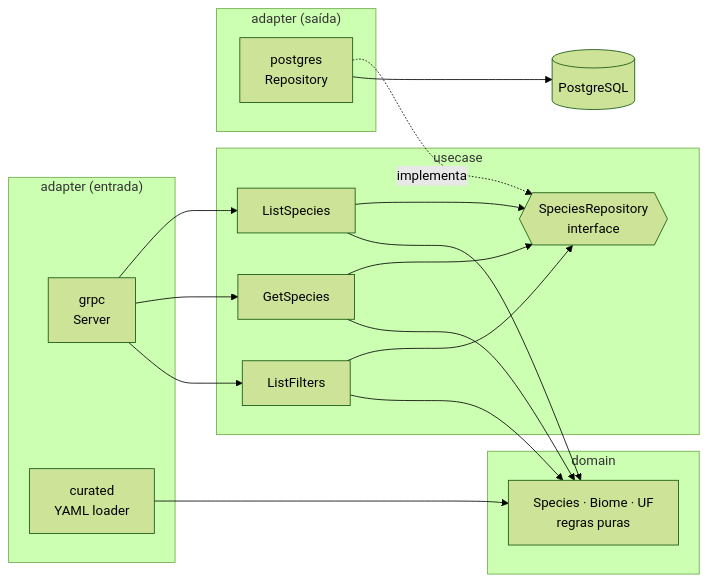
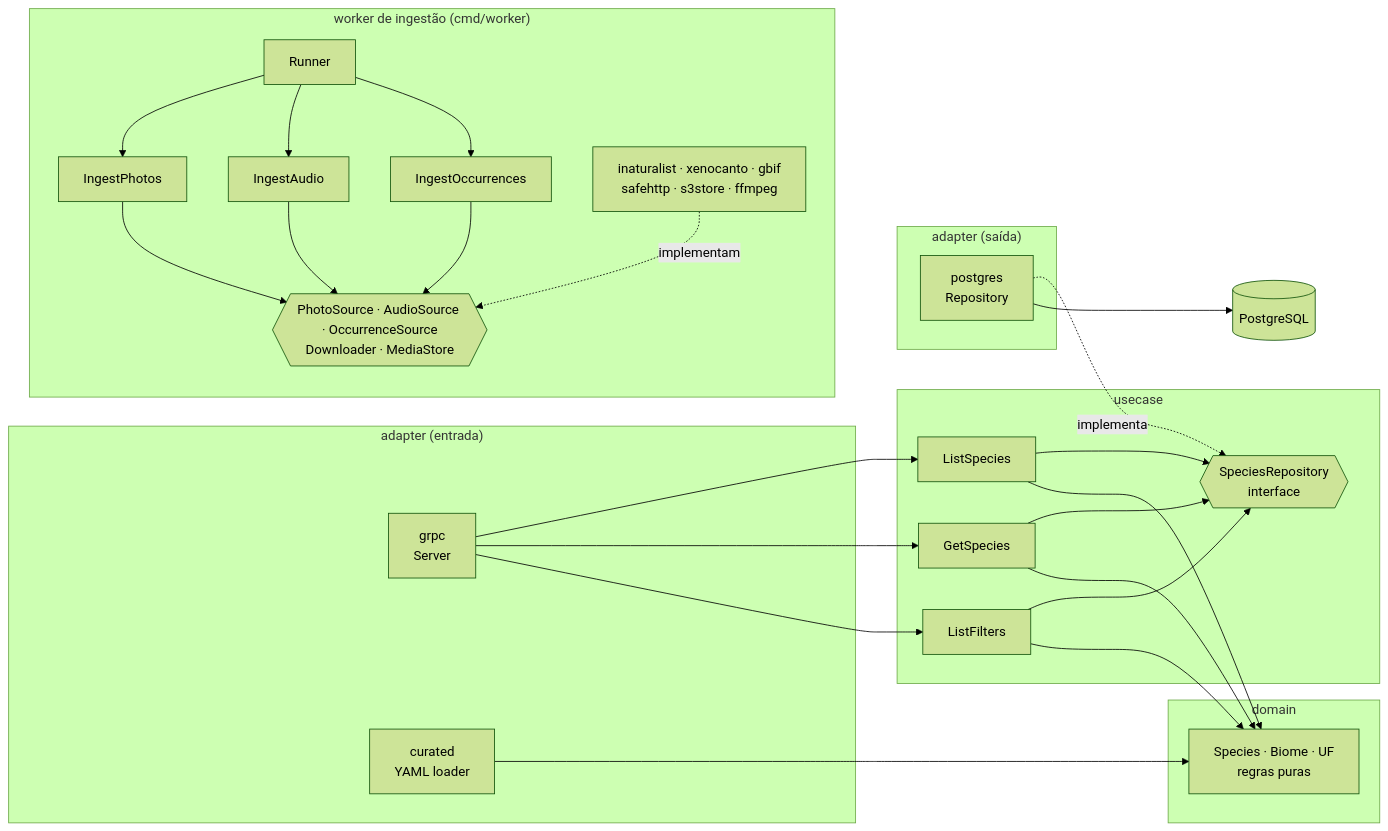
The diagram in README.md (velosobr/passarim-catalog), drawn with Mermaid (forest theme) before and after one commit. The commit also changed other lines of this file and 13 other files, not shown here.

First line of the commit message:
ci: ffmpeg nos testes e trivy na imagem do worker

````diff
--- a/README.md
+++ b/README.md
@@ -8,25 +8,30 @@
 ```mermaid
 flowchart LR
     subgraph adapter["adapter (entrada)"]
         G[grpc<br/>Server]
         Y[curated<br/>YAML loader]
     end
     subgraph usecase
         L[ListSpecies]
         D[GetSpecies]
         F[ListFilters]
         P{{SpeciesRepository<br/>interface}}
     end
     subgraph domain
         S[Species · Biome · UF<br/>regras puras]
     end
     subgraph adapter2["adapter (saída)"]
         R[postgres<br/>Repository]
     end
+    subgraph worker["worker de ingestão (cmd/worker)"]
+        RN[Runner] --> IP[IngestPhotos] & IA[IngestAudio] & IO[IngestOccurrences]
+        IP & IA & IO --> PORTS{{PhotoSource · AudioSource · OccurrenceSource<br/>Downloader · MediaStore}}
+        AD[inaturalist · xenocanto · gbif<br/>safehttp · s3store · ffmpeg] -. implementam .-> PORTS
+    end
     G --> L & D & F
     L & D & F --> P
     L & D & F --> S
     R -. implementa .-> P
     R --> DB[(PostgreSQL)]
     Y --> S
 ```
````
